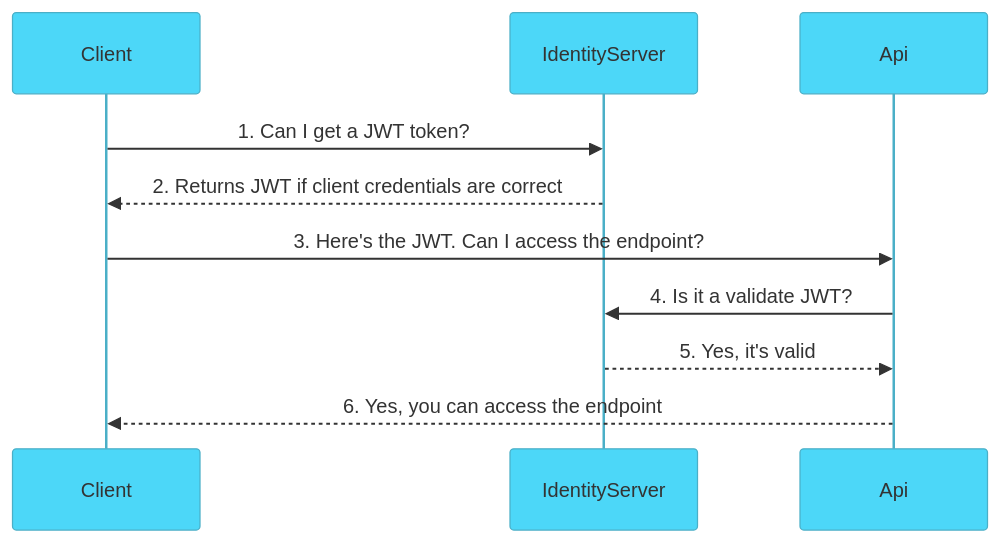
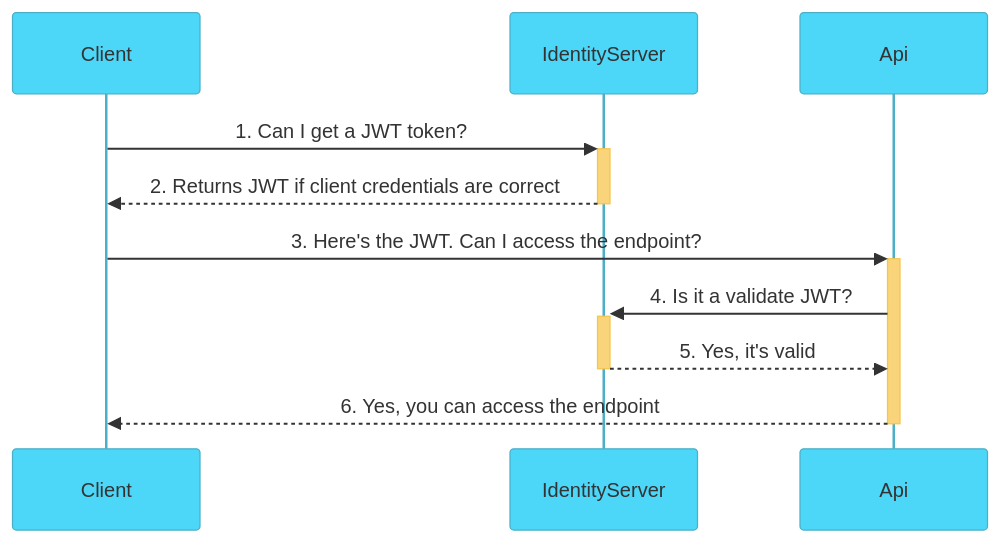
The diagram in README.md (LiteObject/TestIdentityServer), drawn with Mermaid before and after one commit. The commit also changed other lines of this file, not shown here.

````diff
--- a/README.md
+++ b/README.md
@@ -52,11 +41,15 @@
 ```mermaid
 %%{init: {'securityLevel': 'loose', 'theme':'base','themeVariables': { 'primaryColor': '#4cd7f8', 'secondaryColor':'#fad47a' }}}%%
-sequenceDiagram        
-    Client->>IdentityServer: 1. Can I get a JWT token?
-    IdentityServer-->>Client: 2. Returns JWT if client credentials are correct    
-    Client->>Api: 3. Here's the JWT. Can I access the endpoint?
-    Api->>IdentityServer: 4. Is it a validate JWT?
-    IdentityServer-->>Api: 5. Yes, it's valid
-    Api-->>Client: 6. Yes, you can access the endpoint
+sequenceDiagram    
+    participant Client
+    participant IdentityServer
+    participant Api
+
+    Client->>+IdentityServer: 1. Can I get a JWT token?
+    IdentityServer-->>-Client: 2. Returns JWT if client credentials are correct    
+    Client->>+Api: 3. Here's the JWT. Can I access the endpoint?
+    Api->>+IdentityServer: 4. Is it a validate JWT?
+    IdentityServer-->>-Api: 5. Yes, it's valid    
+    Api-->>-Client: 6. Yes, you can access the endpoint
 
 ```
````
